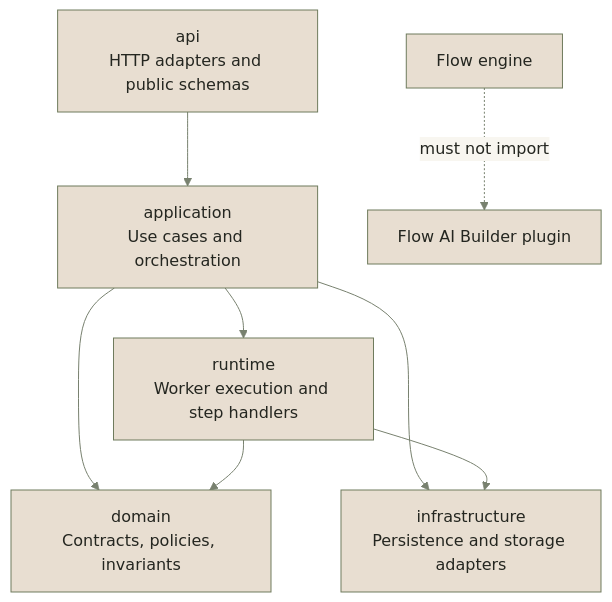
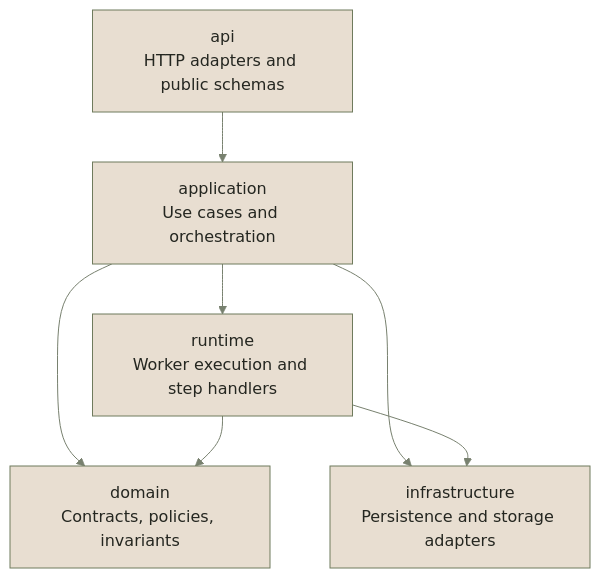
One commit to eneo-ai/eneo changed the diagram in frontend/apps/docs-site/src/content/docs/flows-for-developers/how-built.mdx. Above: the diagram before and after it, drawn with Mermaid. The commit also changed other lines of this file and 489 other files, not shown here.

Commit message:
refactor(flows): separate AI Builder from core

````diff
--- a/frontend/apps/docs-site/src/content/docs/flows-for-developers/how-built.mdx
+++ b/frontend/apps/docs-site/src/content/docs/flows-for-developers/how-built.mdx
@@ -11,11 +11,10 @@
 ```mermaid
 %%{init: {"theme": "base", "themeVariables": {"background": "#f8f6f0", "primaryColor": "#e8ded1", "primaryTextColor": "#242620", "primaryBorderColor": "#6f7b5d", "secondaryColor": "#d7e0d2", "tertiaryColor": "#f1ece4", "lineColor": "#78816f", "edgeLabelBackground": "#f8f6f0", "clusterBkg": "#f4efe7", "clusterBorder": "#9a8a73", "fontFamily": "Inter, ui-sans-serif, system-ui, sans-serif"}}}%%
 flowchart TD
   api["api<br/>HTTP adapters and public schemas"] --> application["application<br/>Use cases and orchestration"]
   application --> domain["domain<br/>Contracts, policies, invariants"]
   application --> infrastructure["infrastructure<br/>Persistence and storage adapters"]
   application --> runtime["runtime<br/>Worker execution and step handlers"]
   runtime --> domain
   runtime --> infrastructure
-  engine["Flow engine"] -.->|must not import| builder["Flow AI Builder plugin"]
 ```
````
